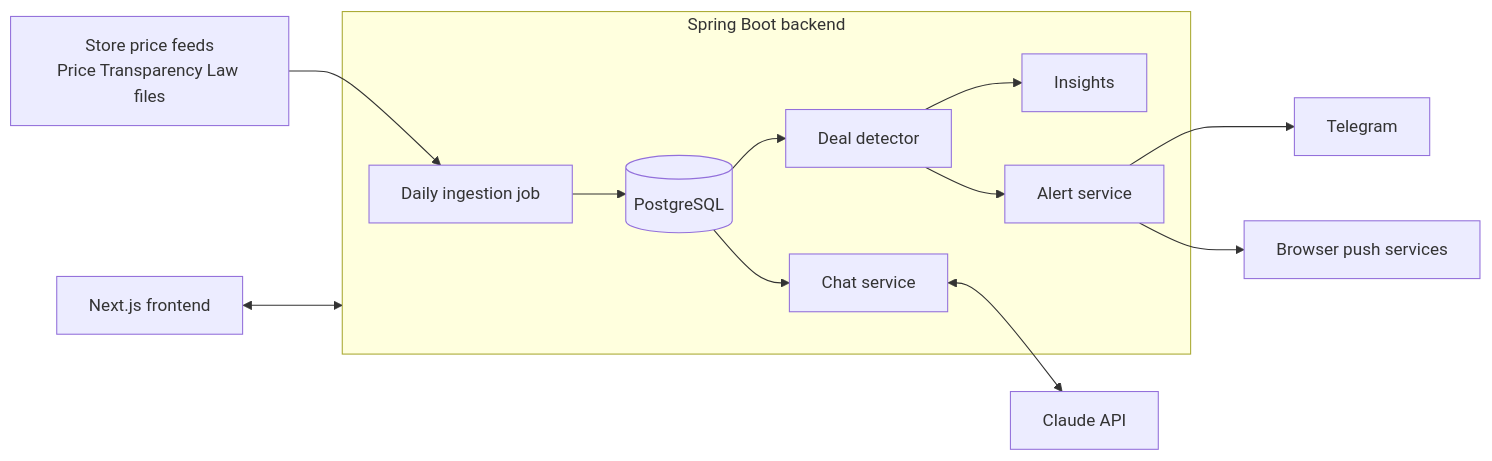
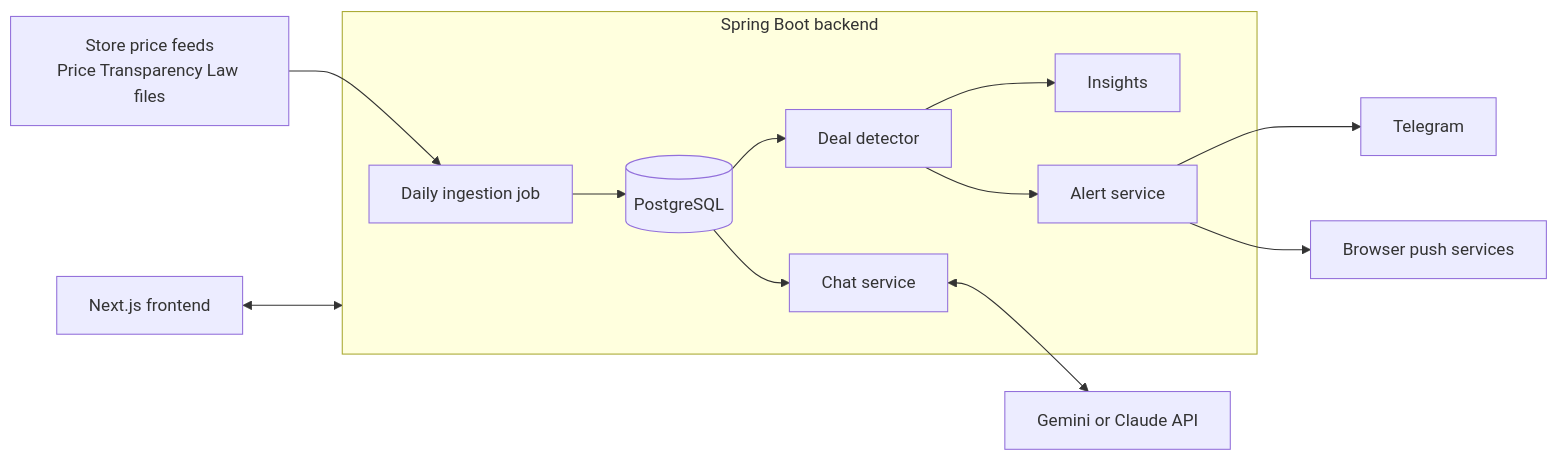
One commit to KerenSi/DealsAndPriceTracker changed the diagram in README.md. Above: the diagram before and after it, drawn with Mermaid. The commit also changed other lines of this file and 10 other files, not shown here.

First line of the commit message:
Answer chat questions with Gemini's free tier by default

````diff
--- a/README.md
+++ b/README.md
@@ -143,15 +143,15 @@
 ```mermaid
 flowchart LR
     feeds[Store price feeds<br/>Price Transparency Law files] --> ingest
     subgraph backend[Spring Boot backend]
         ingest[Daily ingestion job] --> db[(PostgreSQL)]
         db --> detect[Deal detector]
         detect --> insights[Insights]
         detect --> alerts[Alert service]
         db --> chat[Chat service]
     end
     alerts --> telegram[Telegram]
     alerts --> push[Browser push services]
-    chat <--> claude[Claude API]
+    chat <--> llm[Gemini or Claude API]
     frontend[Next.js frontend] <--> backend
 ```
````
